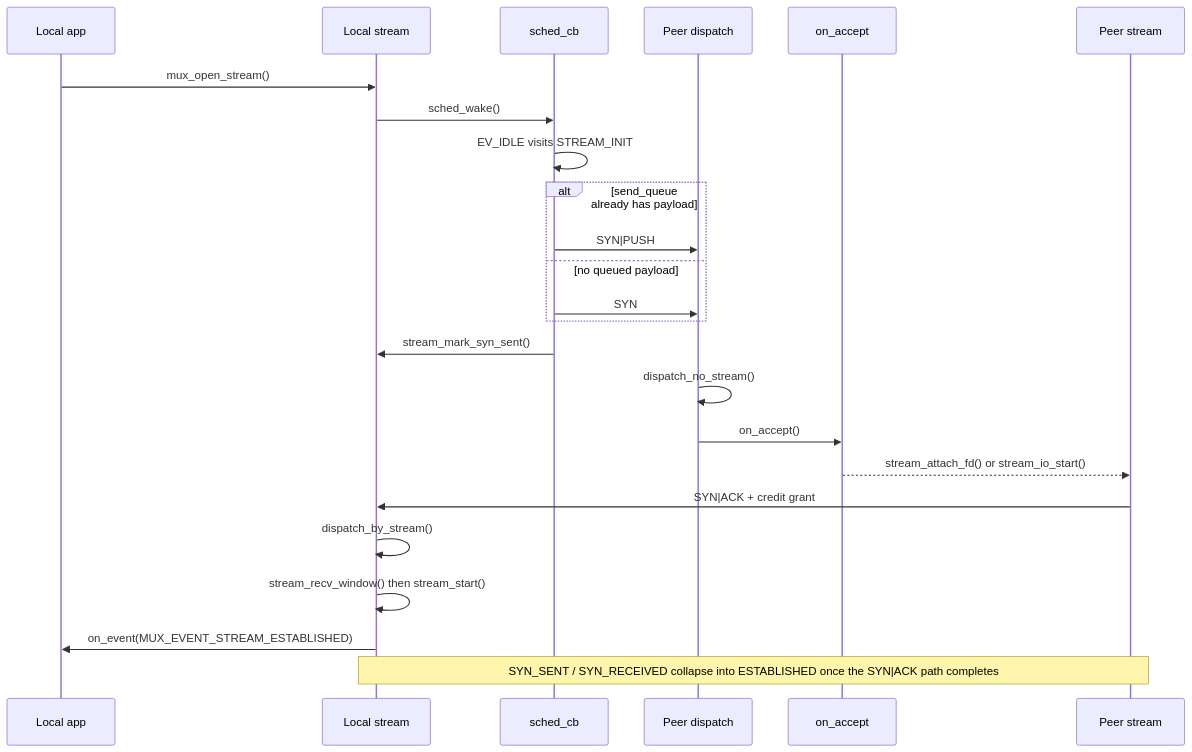
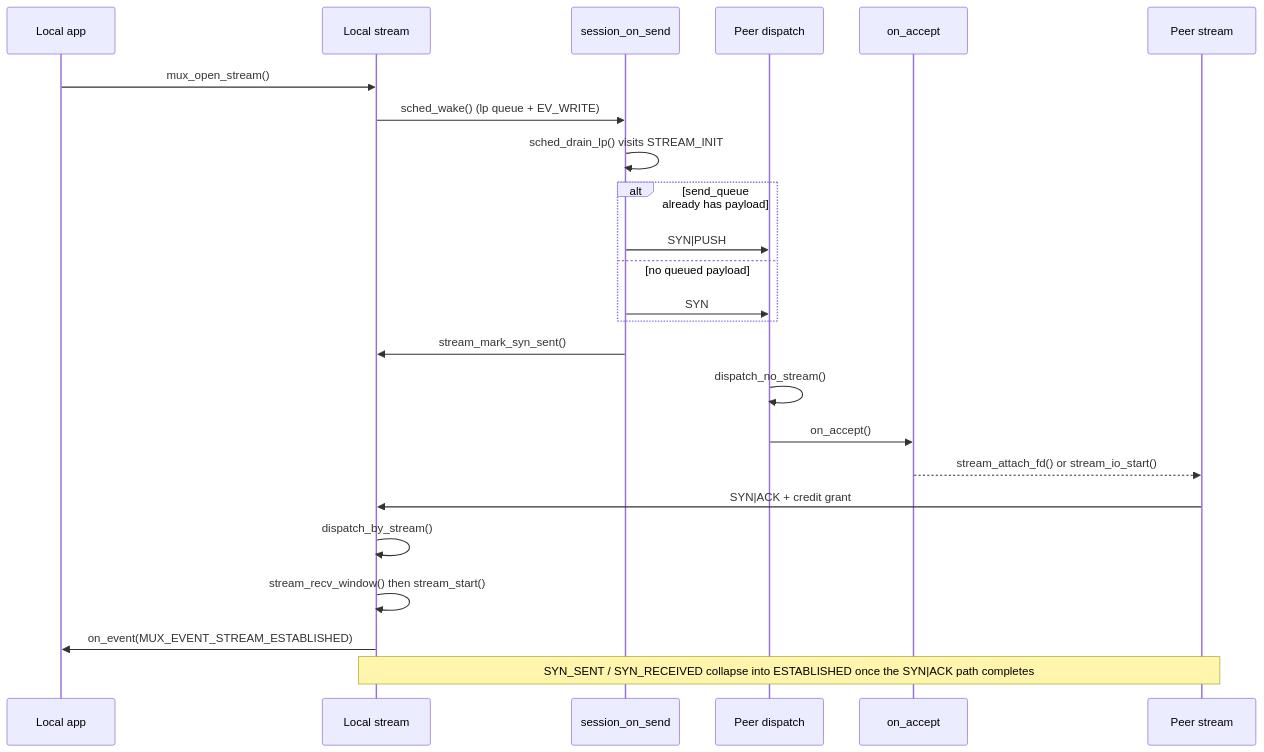
One commit to hexian000/multiplexd changed the fourth of 19 diagrams in doc/impl.md. Above: the diagram before and after it, drawn with Mermaid. The commit also changed other lines of this file and 112 other files, not shown here.

````diff
--- a/doc/impl.md
+++ b/doc/impl.md
@@ -200,27 +256,27 @@
 ```mermaid
 sequenceDiagram
   participant App as Local app
   participant Stream as Local stream
-  participant Sched as sched_cb
+  participant Sched as session_on_send
   participant Dispatch as Peer dispatch
   participant Accept as on_accept
   participant Peer as Peer stream
 
   App->>Stream: mux_open_stream()
-  Stream->>Sched: sched_wake()
-  Sched->>Sched: EV_IDLE visits STREAM_INIT
+  Stream->>Sched: sched_wake() (lp queue + EV_WRITE)
+  Sched->>Sched: sched_drain_lp() visits STREAM_INIT
   alt send_queue already has payload
     Sched->>Dispatch: SYN|PUSH
   else no queued payload
     Sched->>Dispatch: SYN
   end
   Sched->>Stream: stream_mark_syn_sent()
   Dispatch->>Dispatch: dispatch_no_stream()
   Dispatch->>Accept: on_accept()
   Accept-->>Peer: stream_attach_fd() or stream_io_start()
   Peer->>Stream: SYN|ACK + credit grant
   Stream->>Stream: dispatch_by_stream()
   Stream->>Stream: stream_recv_window() then stream_start()
   Stream->>App: on_event(MUX_EVENT_STREAM_ESTABLISHED)
   Note over Stream,Peer: SYN_SENT / SYN_RECEIVED collapse into ESTABLISHED once the SYN|ACK path completes
 ```
````
